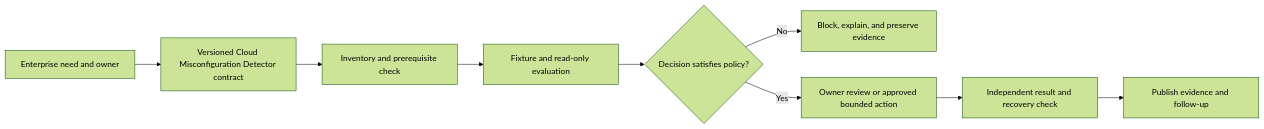
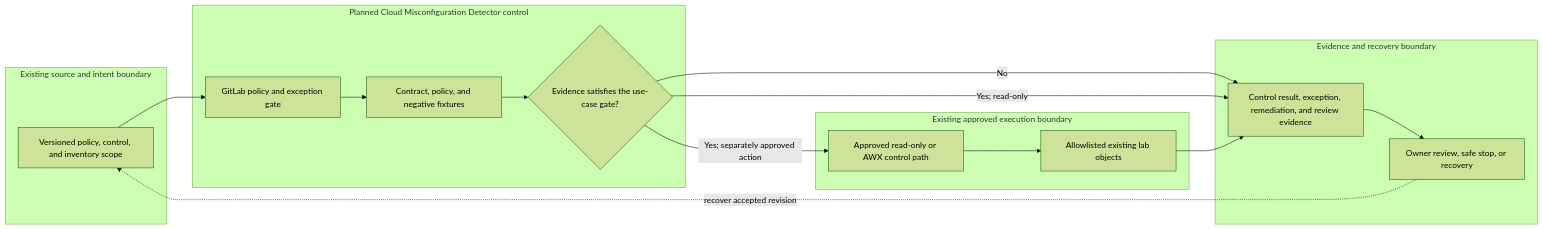
The diagram in docs/use-cases/governance/UC-GOV-006-cloud-misconfiguration-detector.md (MIDHTECH/enterprise-architecture-docs), drawn with Mermaid (forest theme) before and after one commit. The commit also changed other lines of this file and 227 other files, not shown here.

Commit message:
Deepen architecture for all use case designs

````diff
--- a/docs/use-cases/governance/UC-GOV-006-cloud-misconfiguration-detector.md
+++ b/docs/use-cases/governance/UC-GOV-006-cloud-misconfiguration-detector.md
@@ -136,11 +129,25 @@
 ```mermaid
 flowchart LR
-    Need["Enterprise need and owner"] --> Contract["Versioned Cloud Misconfiguration Detector contract"]
-    Contract --> Preflight["Inventory and prerequisite check"]
-    Preflight --> Evaluate["Fixture and read-only evaluation"]
-    Evaluate --> Decision{"Decision satisfies policy?"}
-    Decision -->|No| Stop["Block, explain, and preserve evidence"]
-    Decision -->|Yes| Review["Owner review or approved bounded action"]
-    Review --> Verify["Independent result and recovery check"]
-    Verify --> Publish["Publish evidence and follow-up"]
+    subgraph Source["Existing source and intent boundary"]
+        A["Versioned policy, control, and inventory scope"]
+    end
+    subgraph Planned["Planned Cloud Misconfiguration Detector control"]
+        B["GitLab policy and exception gate"]
+        C["Contract, policy, and negative fixtures"]
+        D{"Evidence satisfies the use-case gate?"}
+    end
+    subgraph Runtime["Existing approved execution boundary"]
+        E["Approved read-only or AWX control path"]
+        F["Allowlisted existing lab objects"]
+    end
+    subgraph Assurance["Evidence and recovery boundary"]
+        G["Control result, exception, remediation, and review evidence"]
+        H["Owner review, safe stop, or recovery"]
+    end
+
+    A --> B --> C --> D
+    D -->|No| G --> H
+    D -->|Yes; read-only| G
+    D -->|Yes; separately approved action| E --> F --> G
+    H -. recover accepted revision .-> A
 ```
````
